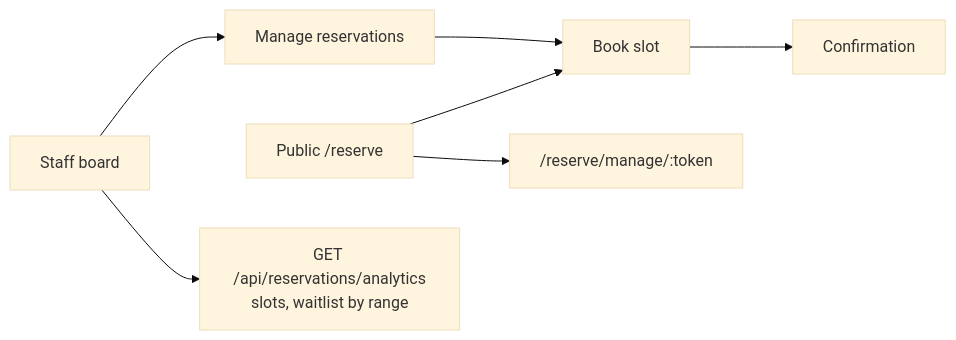
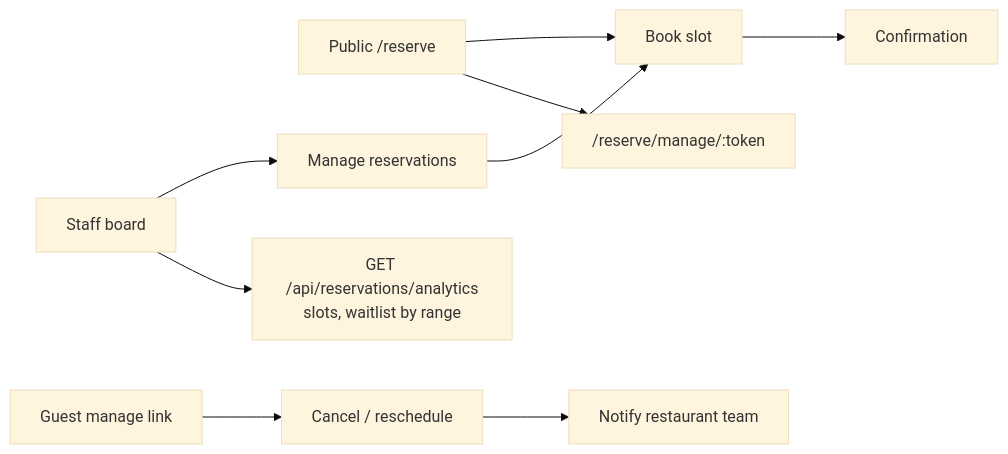
Before and after one commit to ghadimdallaldev/supplify_erp: the diagram in docs/blueprint/workflows/reservation_flow.mmd, drawn with Mermaid (base theme). The commit also changed 62 other files, not shown here.

First line of the commit message:
feat(disputes): disputes flow, receiving integration, and replacement orders

```diff
--- a/docs/blueprint/workflows/reservation_flow.mmd
+++ b/docs/blueprint/workflows/reservation_flow.mmd
@@ -1,7 +1,9 @@
 flowchart LR
   Public[Public /reserve] --> Book[Book slot]
   Book --> Confirm[Confirmation]
   Staff[Staff board] --> Manage[Manage reservations]
+  Guest[Guest manage link] --> CancelReschedule[Cancel / reschedule]
+  CancelReschedule --> NotifyStaff[Notify restaurant team]
   Manage --> Book
   Public --> ManageLink["/reserve/manage/:token"]
   Staff --> Analytics[GET /api/reservations/analytics\nslots, waitlist by range]
```
